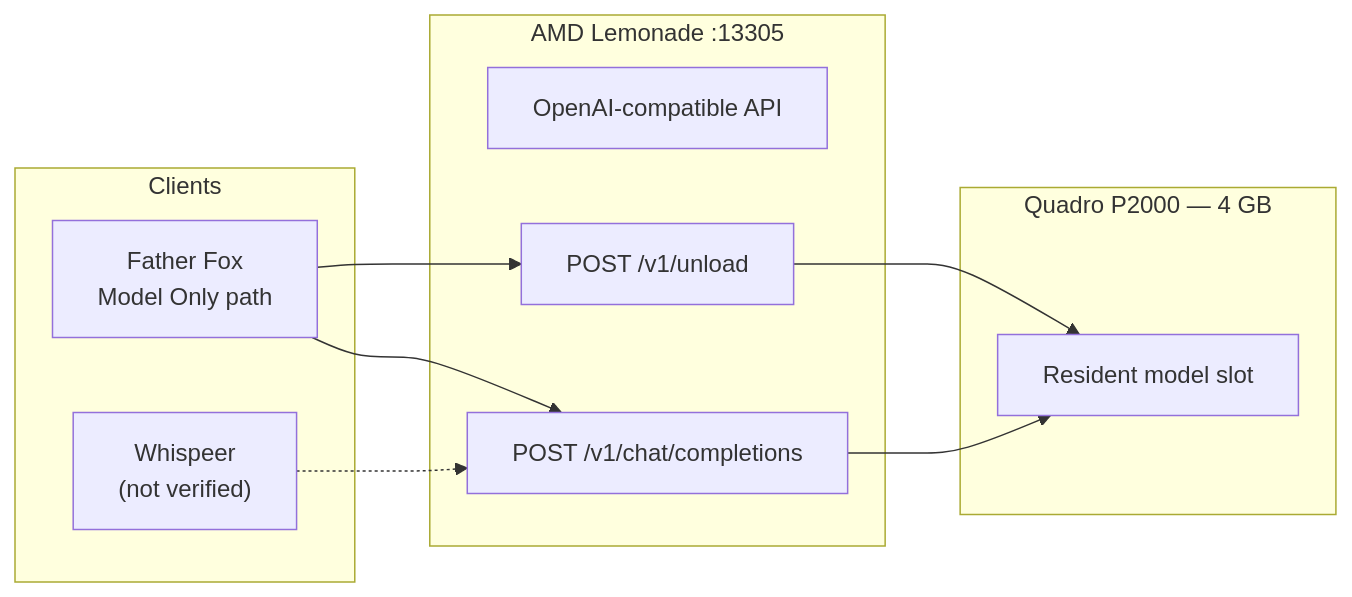
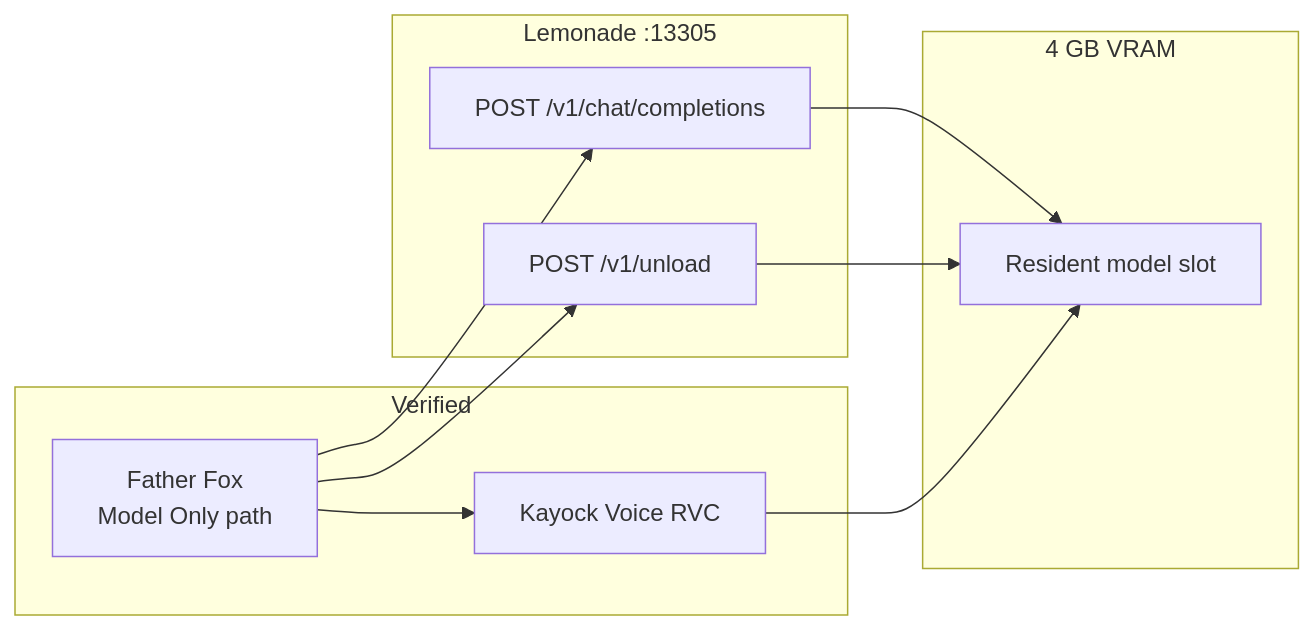
The diagram in docs/architecture.md (kayock/kayock-shared-local-ai), drawn with Mermaid before and after one commit. The commit also changed other lines of this file and 7 other files, not shown here.

````diff
--- a/docs/architecture.md
+++ b/docs/architecture.md
@@ -24,23 +30,23 @@
 ```mermaid
 flowchart LR
-    subgraph Clients
-        A1["Father Fox<br/>Model Only path"]
-        A2["Whispeer<br/>(not verified)"]
+    subgraph Verified
+        FF["Father Fox<br/>Model Only path"]
+        RVC["Kayock Voice RVC"]
     end
 
-    subgraph Lemonade["AMD Lemonade :13305"]
-        API["OpenAI-compatible API"]
+    subgraph Lemonade["Lemonade :13305"]
+        CHAT["POST /v1/chat/completions"]
         UNL["POST /v1/unload"]
-        CHAT["POST /v1/chat/completions"]
     end
 
-    subgraph GPU["Quadro P2000 — 4 GB"]
+    subgraph GPU["4 GB VRAM"]
         VRAM["Resident model slot"]
     end
 
-    A1 --> CHAT
-    A2 -.-> CHAT
-    A1 --> UNL
+    FF --> CHAT
+    FF --> UNL
+    FF --> RVC
     CHAT --> VRAM
     UNL --> VRAM
+    RVC --> VRAM
 ```
````
